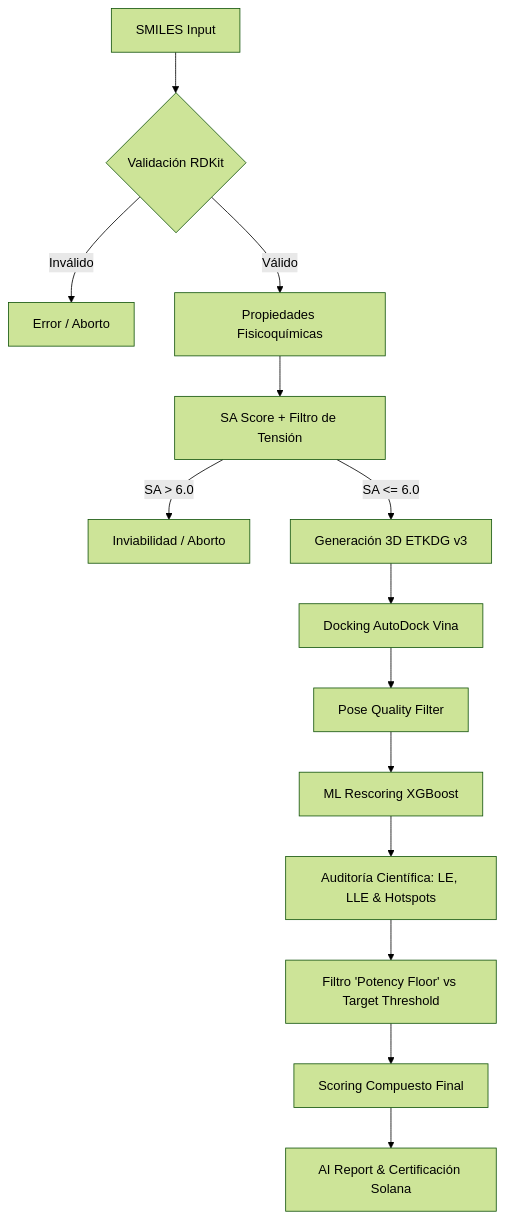
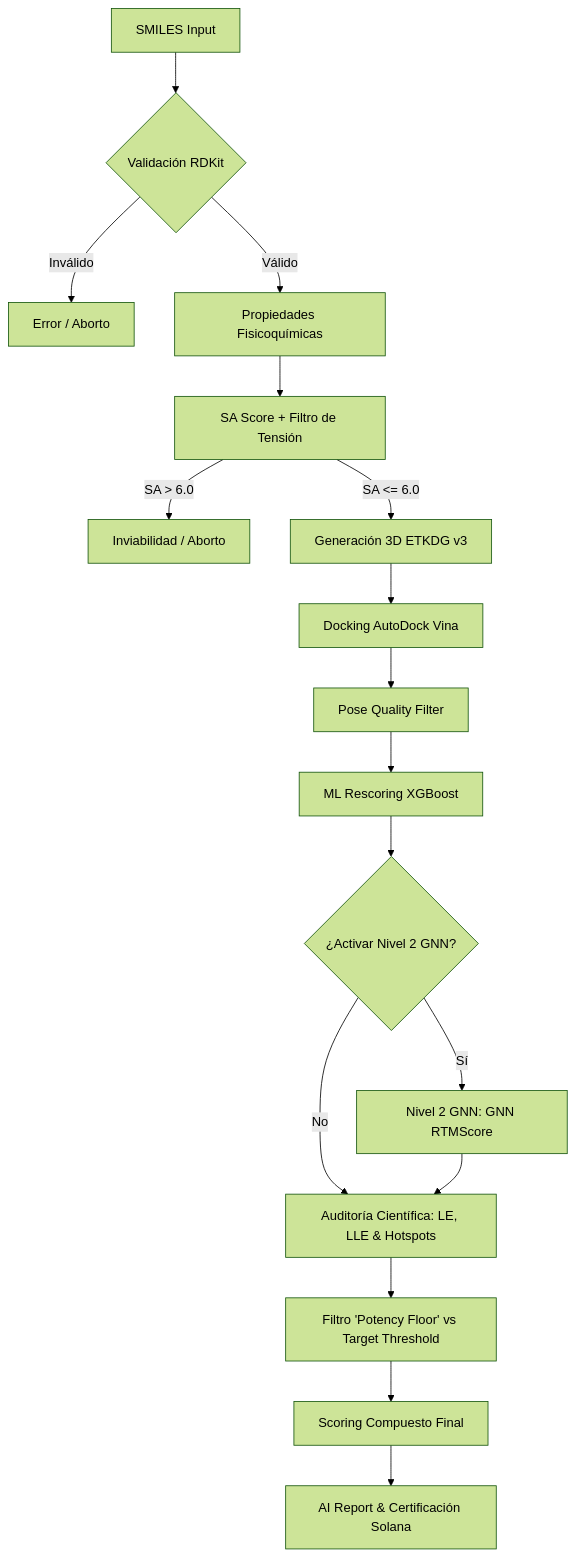
One commit to srcacahuate619/molecule-design changed the diagram in docs/ARCHITECTURE_OVERVIEW.md. Above: the diagram before and after it, drawn with Mermaid (forest theme). The commit also changed other lines of this file and 39 other files, not shown here.

````diff
--- a/docs/ARCHITECTURE_OVERVIEW.md
+++ b/docs/ARCHITECTURE_OVERVIEW.md
@@ -9,16 +9,19 @@
 ```mermaid
 graph TD
     A[SMILES Input] --> B{Validación RDKit}
     B -- Inválido --> C[Error / Aborto]
     B -- Válido --> D[Propiedades Fisicoquímicas]
     D --> E[SA Score + Filtro de Tensión]
     E -- SA > 6.0 --> F[Inviabilidad / Aborto]
     E -- SA <= 6.0 --> G[Generación 3D ETKDG v3]
     G --> H[Docking AutoDock Vina]
     H --> I[Pose Quality Filter]
     I --> J[ML Rescoring XGBoost]
-    J --> K[Auditoría Científica: LE, LLE & Hotspots]
+    J --> JO{¿Activar Nivel 2 GNN?}
+    JO -- Sí --> JP[Nivel 2 GNN: GNN RTMScore]
+    JO -- No --> K[Auditoría Científica: LE, LLE & Hotspots]
+    JP --> K
     K --> L[Filtro 'Potency Floor' vs Target Threshold]
     L --> M[Scoring Compuesto Final]
     M --> N[AI Report & Certificación Solana]
 ```
````
